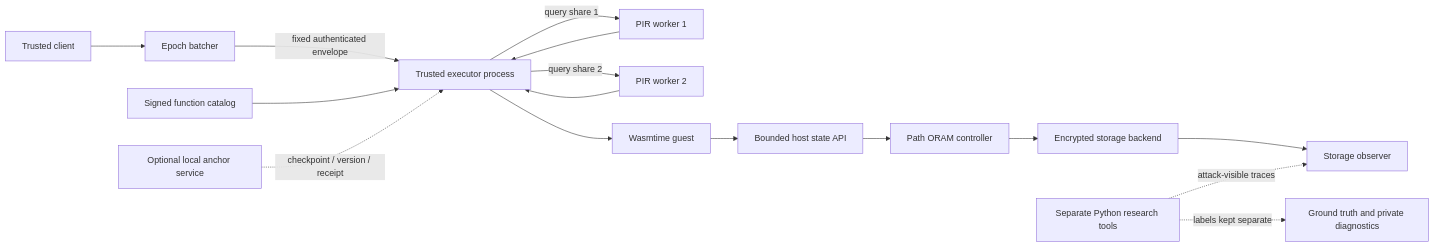
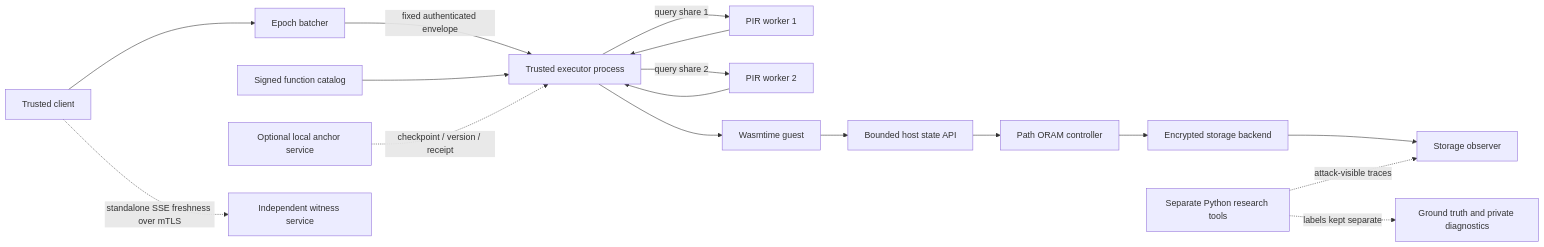
One commit to dumbly-smart/Oblivion changed the diagram in ARCHITECTURE.md. Above: the diagram before and after it, drawn with Mermaid. The commit also changed other lines of this file and 11 other files, not shown here.

Commit message:
docs: document mTLS SSE freshness boundary

````diff
--- a/ARCHITECTURE.md
+++ b/ARCHITECTURE.md
@@ -7,18 +7,19 @@
 ```mermaid
 flowchart LR
   C[Trusted client] --> B[Epoch batcher]
   B -->|fixed authenticated envelope| X[Trusted executor process]
   X -->|query share 1| P1[PIR worker 1]
   X -->|query share 2| P2[PIR worker 2]
   P1 --> X
   P2 --> X
   X --> W[Wasmtime guest]
   W --> H[Bounded host state API]
   H --> O[Path ORAM controller]
   O --> S[Encrypted storage backend]
   S --> V[Storage observer]
   R[Signed function catalog] --> X
   A[Optional local anchor service] -. checkpoint / version / receipt .-> X
+  C -. standalone SSE freshness over mTLS .-> WIT[Independent witness service]
   Q[Separate Python research tools] -. attack-visible traces .-> V
   Q -. labels kept separate .-> T[Ground truth and private diagnostics]
 ```
````
